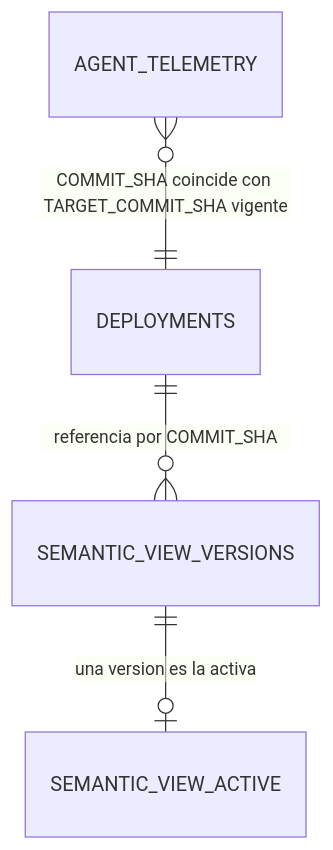
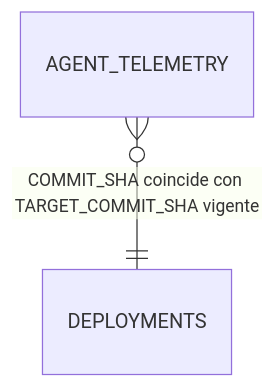
One commit to conversationalanalyticstest/conversational_analytics changed the first of 2 diagrams in specs/004-ci-cd-pipeline/data-model.md. Above: the diagram before and after it, drawn with Mermaid. The commit also changed other lines of this file and 22 other files, not shown here.

Commit message:
refactor: eliminar versionado de semantic view con puntero, usar git show (ADR-003)

````diff
--- a/specs/004-ci-cd-pipeline/data-model.md
+++ b/specs/004-ci-cd-pipeline/data-model.md
@@ -75,6 +47,4 @@
 ```mermaid
 erDiagram
-    DEPLOYMENTS ||--o{ SEMANTIC_VIEW_VERSIONS : "referencia por COMMIT_SHA"
-    SEMANTIC_VIEW_VERSIONS ||--o| SEMANTIC_VIEW_ACTIVE : "una version es la activa"
     AGENT_TELEMETRY }o--|| DEPLOYMENTS : "COMMIT_SHA coincide con TARGET_COMMIT_SHA vigente"
 ```
````
